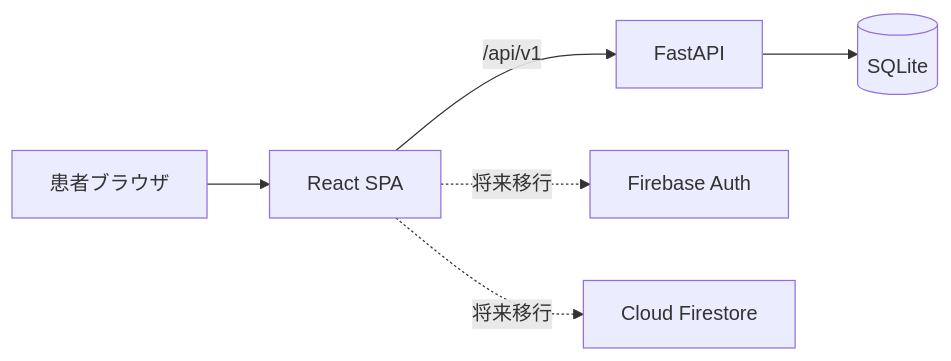
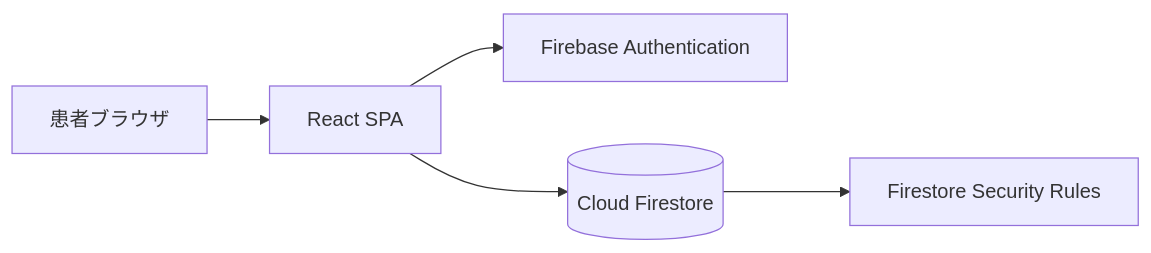
One commit to ryoga0/Calendar changed the first of 2 diagrams in docs/02_基本設計書.md. Above: the diagram before and after it, drawn with Mermaid. The commit also changed other lines of this file and 56 other files, not shown here.

````diff
--- a/docs/02_基本設計書.md
+++ b/docs/02_基本設計書.md
@@ -23,9 +21,7 @@
 ```mermaid
 flowchart LR
   U[患者ブラウザ] --> FE[React SPA]
-  FE -->|/api/v1| API[FastAPI]
-  API --> DB[(SQLite)]
-
-  FE -. 将来移行 .-> FBAuth[Firebase Auth]
-  FE -. 将来移行 .-> FS[Cloud Firestore]
+  FE --> AUTH[Firebase Authentication]
+  FE --> FS[(Cloud Firestore)]
+  FS --> RULES[Firestore Security Rules]
 ```
````
